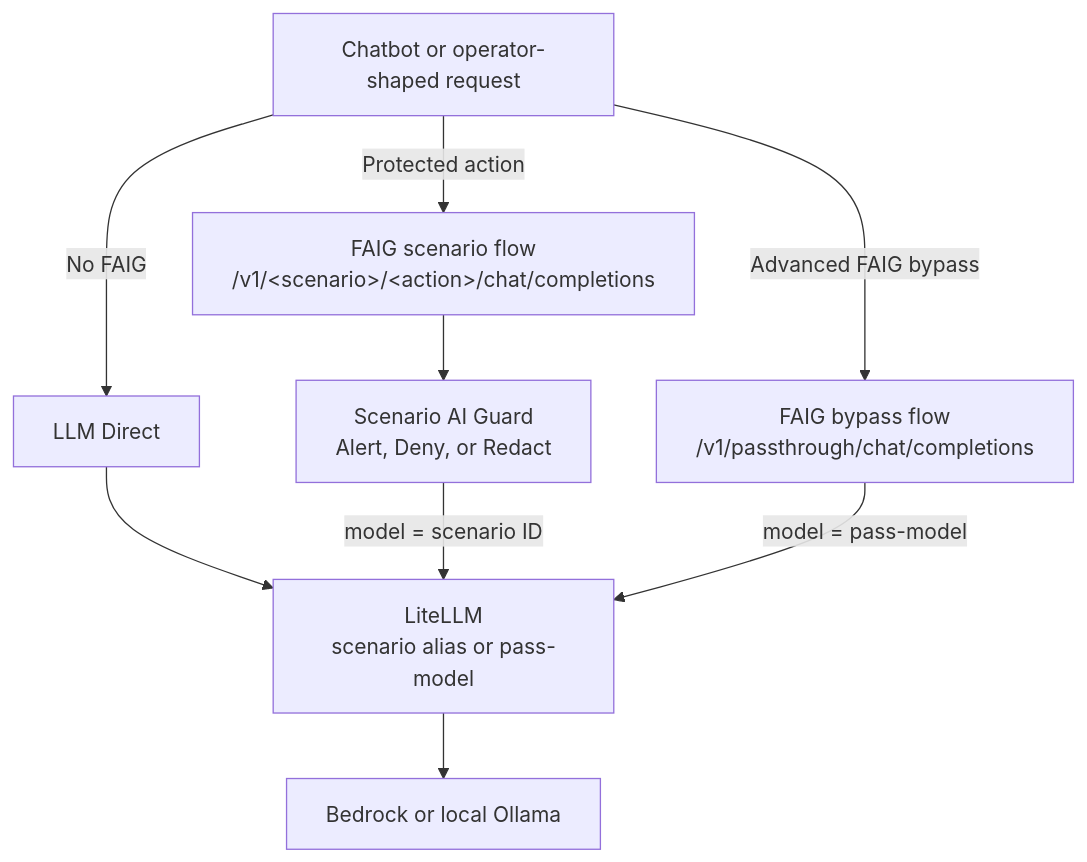
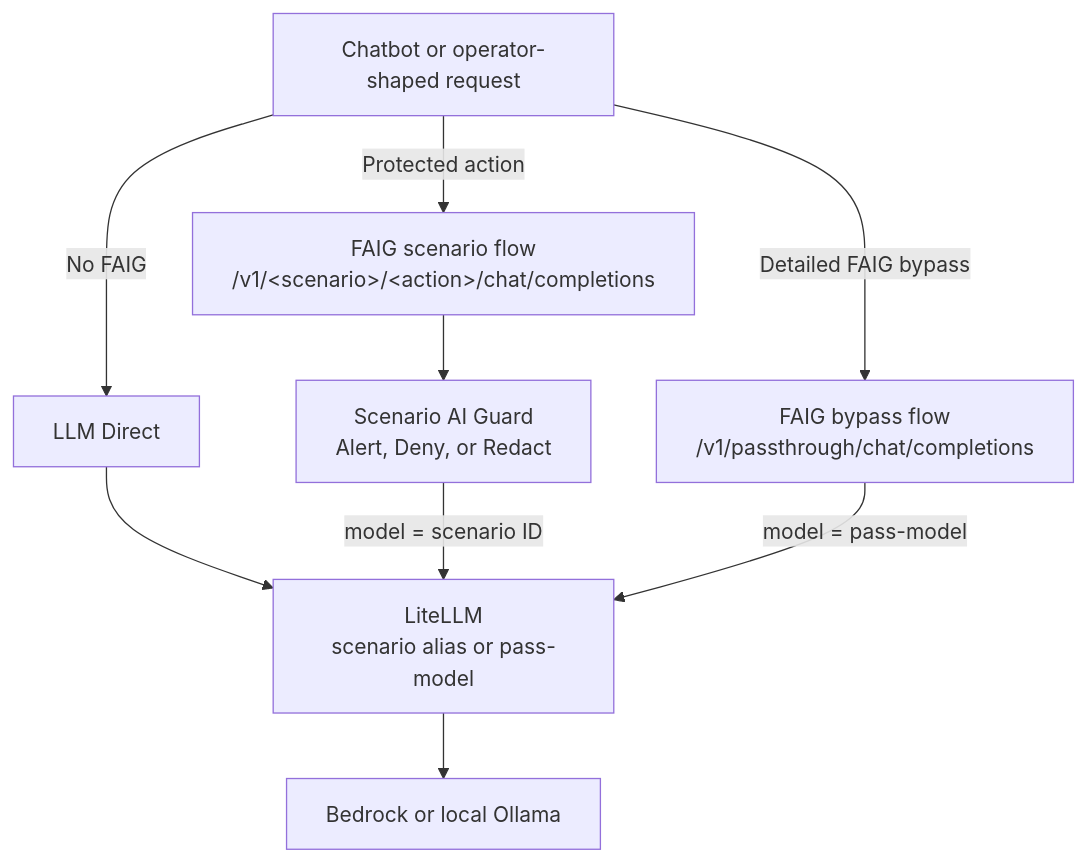
One commit to mabutterfield/fortiaigate_demo changed the first of 3 diagrams in docs/fortiaigate-lab-flows.md. Above: the diagram before and after it, drawn with Mermaid. The commit also changed 26 other files, not shown here.

````diff
--- a/docs/fortiaigate-lab-flows.md
+++ b/docs/fortiaigate-lab-flows.md
@@ -10,19 +10,19 @@
 ```mermaid
 flowchart TD
     UI["Chatbot or operator-shaped request"]
     DIRECT["LLM Direct"]
     FLOW["FAIG scenario flow<br/>/v1/&lt;scenario&gt;/&lt;action&gt;/chat/completions"]
     PASS["FAIG bypass flow<br/>/v1/passthrough/chat/completions"]
     GUARD["Scenario AI Guard<br/>Alert, Deny, or Redact"]
     LL["LiteLLM<br/>scenario alias or pass-model"]
     MODEL["Bedrock or local Ollama"]
 
     UI -->|"No FAIG"| DIRECT
     UI -->|"Protected action"| FLOW
-    UI -->|"Advanced FAIG bypass"| PASS
+    UI -->|"Detailed FAIG bypass"| PASS
     DIRECT --> LL
     FLOW --> GUARD
     GUARD -->|"model = scenario ID"| LL
     PASS -->|"model = pass-model"| LL
     LL --> MODEL
 ```
````
